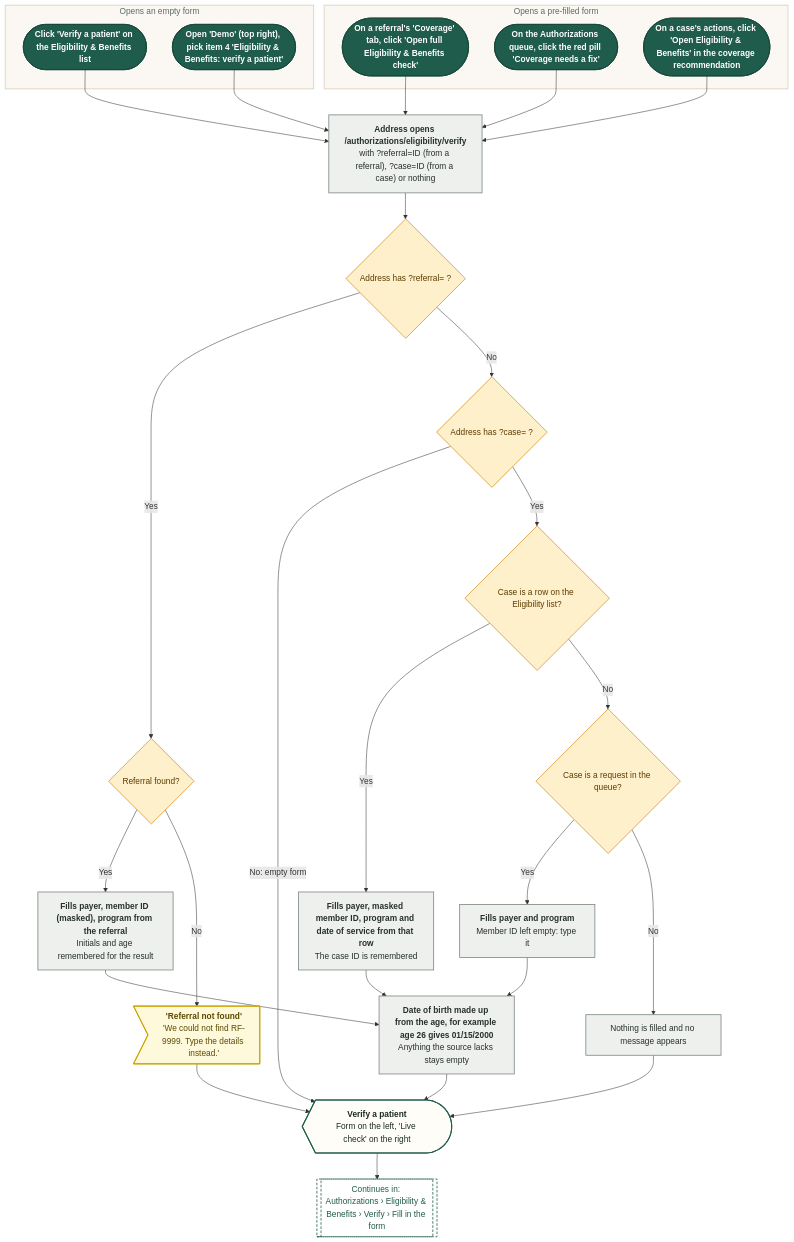
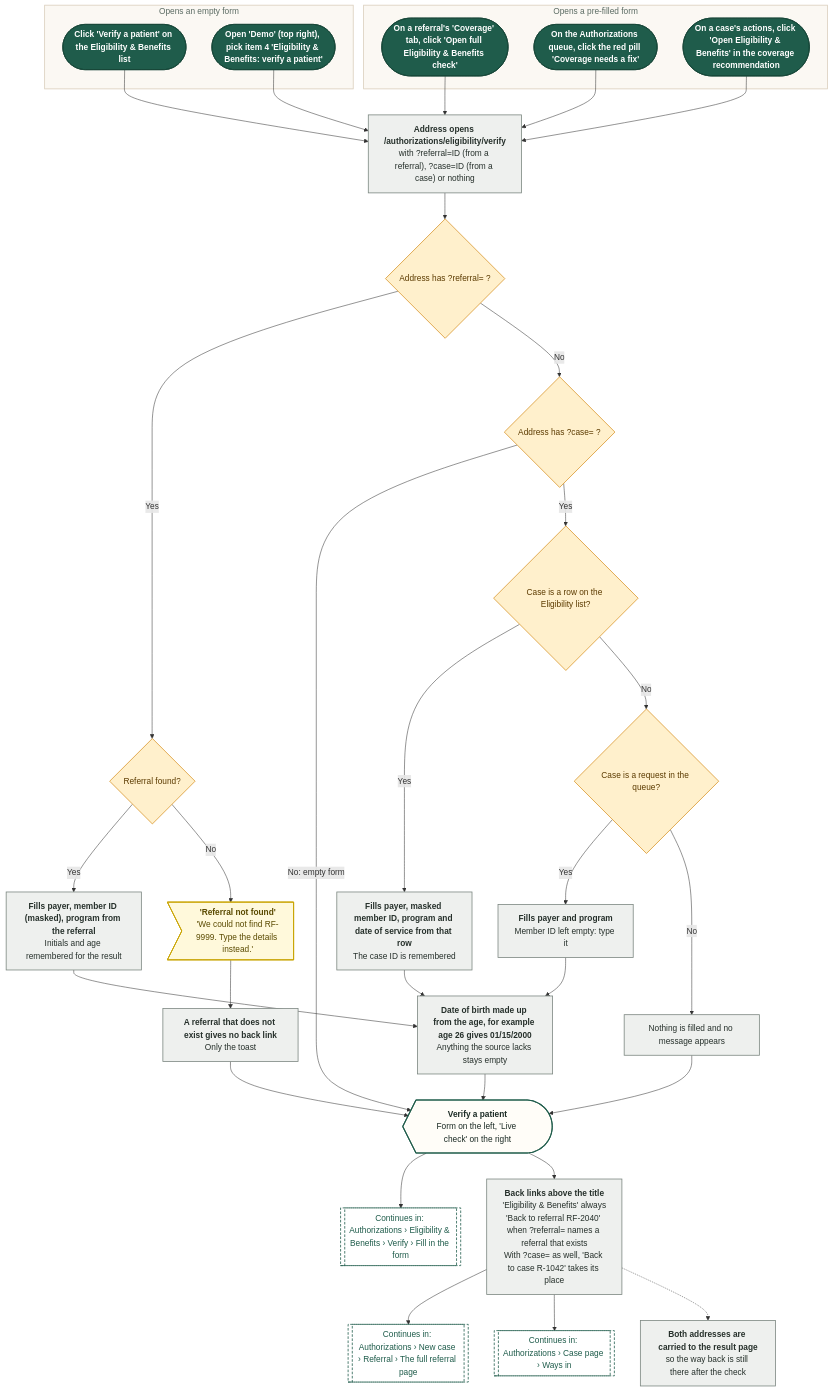
Before and after one commit to Shrav143/psyfloapp: the fourth of 19 diagrams in demos/prior-auth-demo/workflows/out/md/05-eligibility.md, drawn with Mermaid. The commit also changed other lines of this file and 195 other files, not shown here.

First line of the commit message:
docs: Rebuild workflow diagrams after the demo fixes (220 diagrams)

````diff
--- a/demos/prior-auth-demo/workflows/out/md/05-eligibility.md
+++ b/demos/prior-auth-demo/workflows/out/md/05-eligibility.md
@@ -246,68 +251,76 @@
 ```mermaid
 %%{init: {"theme":"base","themeVariables":{"fontFamily":"'DM Sans', 'Segoe UI', system-ui, sans-serif","fontSize":"15px","lineColor":"#5B6B63","primaryTextColor":"#1C2B25","clusterBkg":"#FBF8F3","clusterBorder":"#D9CDBB","edgeLabelBackground":"#FFFFFF"},"flowchart":{"curve":"basis","nodeSpacing":36,"rankSpacing":48,"padding":12,"htmlLabels":true,"useMaxWidth":false,"wrappingWidth":230}} }%%
 flowchart TD
   classDef k_start fill:#1F5C4B,stroke:#174638,color:#FFFFFF,stroke-width:1.5px,font-weight:600
   classDef k_end fill:#DDEFE3,stroke:#2E7D4F,color:#14502F,stroke-width:1.5px,font-weight:600
   classDef k_endx fill:#FBE3E0,stroke:#C0392B,color:#7A1F16,stroke-width:1.5px,font-weight:600
   classDef k_screen fill:#FFFDF8,stroke:#1F5C4B,color:#1C2B25,stroke-width:2px
   classDef k_overlay fill:#F1F7F3,stroke:#1F5C4B,color:#1C2B25,stroke-width:2px,stroke-dasharray:5 3
   classDef k_click fill:#DCEBFA,stroke:#2F6DB5,color:#12365F,stroke-width:1.5px
   classDef k_input fill:#E4E7FF,stroke:#4C5FD5,color:#1D2670,stroke-width:1.5px
   classDef k_process fill:#EEF0EE,stroke:#7A857F,color:#26302B,stroke-width:1.5px
   classDef k_agent fill:#EEE5FA,stroke:#7A4FC2,color:#341A63,stroke-width:1.5px
   classDef k_decision fill:#FFF0CC,stroke:#D9962B,color:#5C3B00,stroke-width:1.5px
   classDef k_store fill:#D5F0EA,stroke:#1C8E7B,color:#0B4A3F,stroke-width:1.5px
   classDef k_doc fill:#F6E9DC,stroke:#B07A4C,color:#4A2E14,stroke-width:1.5px
   classDef k_ext fill:#FFE6D2,stroke:#E07B39,color:#6B2F06,stroke-width:1.5px
   classDef k_wait fill:#E4E8EE,stroke:#6B7C93,color:#26303D,stroke-width:1.5px
   classDef k_toast fill:#FFF9DB,stroke:#C9A400,color:#5A4A00,stroke-width:1.5px
   classDef k_goto fill:#FFFFFF,stroke:#1F5C4B,color:#1F5C4B,stroke-width:1.5px,stroke-dasharray:5 3
   subgraph gBlank ["Opens an empty form"]
   a1@{ shape: stadium, label: "Click 'Verify a patient' on the Eligibility & Benefits list" }
   a2@{ shape: stadium, label: "Open 'Demo' (top right), pick item 4 'Eligibility & Benefits: verify a patient'" }
   end
   subgraph gLinked ["Opens a pre-filled form"]
   a3@{ shape: stadium, label: "On a referral's 'Coverage' tab, click 'Open full Eligibility & Benefits check'" }
   a4@{ shape: stadium, label: "On the Authorizations queue, click the red pill 'Coverage needs a fix'" }
   a5@{ shape: stadium, label: "On a case's actions, click 'Open Eligibility & Benefits' in the coverage recommendation" }
   end
   p0@{ shape: rect, label: "<b>Address opens /authorizations/eligibility/verify</b><br/>with ?referral=ID (from a referral), ?case=ID (from a case) or nothing" }
   q1@{ shape: diam, label: "Address has ?referral= ?" }
   q2@{ shape: diam, label: "Referral found?" }
   p1@{ shape: rect, label: "<b>Fills payer, member ID (masked), program from the referral</b><br/>Initials and age remembered for the result" }
   t1@{ shape: odd, label: "<b>'Referral not found'</b><br/>'We could not find RF-9999. Type the details instead.'" }
   q3@{ shape: diam, label: "Address has ?case= ?" }
   q4@{ shape: diam, label: "Case is a row on the Eligibility list?" }
   p2@{ shape: rect, label: "<b>Fills payer, masked member ID, program and date of service from that row</b><br/>The case ID is remembered" }
   q5@{ shape: diam, label: "Case is a request in the queue?" }
   p3@{ shape: rect, label: "<b>Fills payer and program</b><br/>Member ID left empty: type it" }
   p4@{ shape: rect, label: "Nothing is filled and no message appears" }
   p5@{ shape: rect, label: "<b>Date of birth made up from the age, for example age 26 gives 01/15/2000</b><br/>Anything the source lacks stays empty" }
   sc@{ shape: curv-trap, label: "<b>Verify a patient</b><br/>Form on the left, 'Live check' on the right" }
+  bk@{ shape: rect, label: "<b>Back links above the title</b><br/>'Eligibility & Benefits' always<br/>'Back to referral RF-2040' when ?referral= names a referral that exists<br/>With ?case= as well, 'Back to case R-1042' takes its place" }
+  nb@{ shape: rect, label: "<b>A referral that does not exist gives no back link</b><br/>Only the toast" }
+  cy@{ shape: rect, label: "<b>Both addresses are carried to the result page</b><br/>so the way back is still there after the check" }
   g1@{ shape: subproc, label: "Continues in: Authorizations › Eligibility & Benefits › Verify › Fill in the form" }
+  g2@{ shape: subproc, label: "Continues in: Authorizations › New case › Referral › The full referral page" }
+  g3@{ shape: subproc, label: "Continues in: Authorizations › Case page › Ways in" }
   a1 --> p0
   a2 --> p0
   a3 --> p0
   a4 --> p0
   a5 --> p0
   p0 --> q1
   q1 -->|"Yes"| q2
   q2 -->|"Yes"| p1 --> p5 --> sc
-  q2 -->|"No"| t1 --> sc
+  q2 -->|"No"| t1 --> nb --> sc
   q1 -->|"No"| q3
   q3 -->|"No: empty form"| sc
   q3 -->|"Yes"| q4
   q4 -->|"Yes"| p2 --> p5
   q4 -->|"No"| q5
   q5 -->|"Yes"| p3 --> p5
   q5 -->|"No"| p4 --> sc
   sc --> g1
+  sc --> bk
+  bk --> g2 & g3
+  bk -.-> cy
   class a1,a2,a3,a4,a5 k_start
-  class p0,p1,p2,p3,p4,p5 k_process
+  class p0,p1,p2,p3,p4,p5,bk,nb,cy k_process
   class q1,q2,q3,q4,q5 k_decision
   class t1 k_toast
   class sc k_screen
-  class g1 k_goto
+  class g1,g2,g3 k_goto
   style gBlank fill:#FBF8F3,stroke:#D9CDBB,stroke-width:1.5px,color:#5B6B63
   style gLinked fill:#FBF8F3,stroke:#D9CDBB,stroke-width:1.5px,color:#5B6B63
 ```
````
